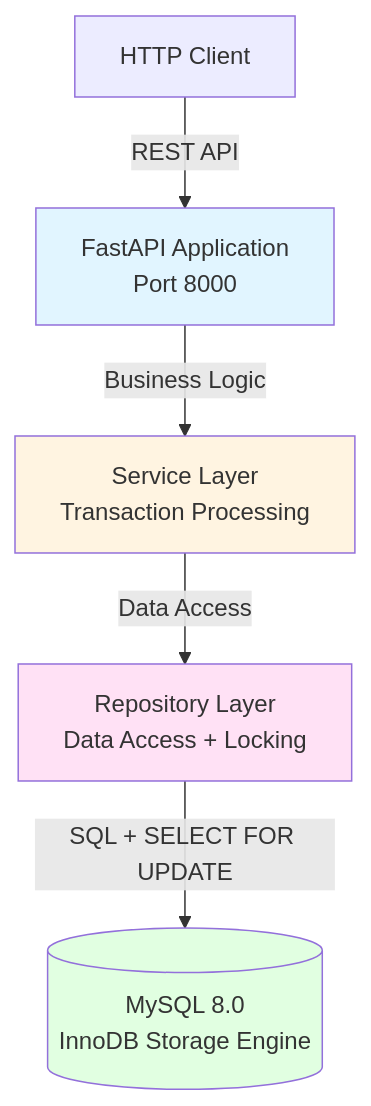
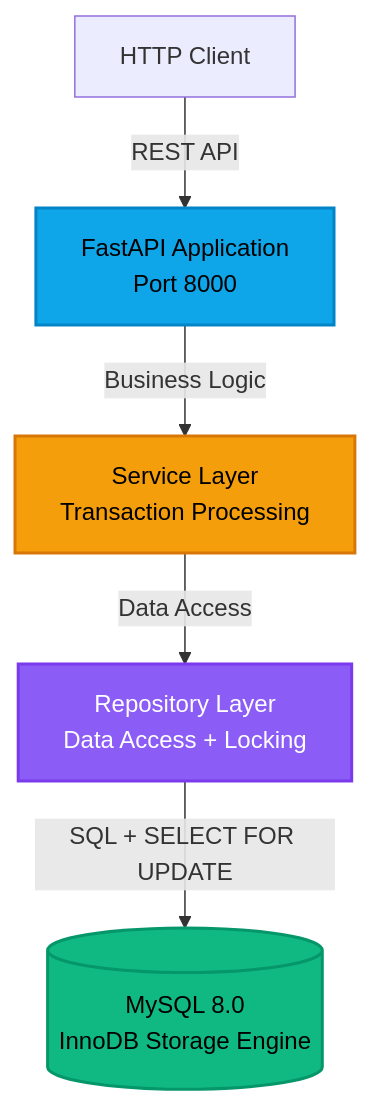
One commit to tievenr/Wallet-Service changed the first of 2 diagrams in README.md. Above: the diagram before and after it, drawn with Mermaid. The commit also changed other lines of this file, not shown here.

Commit message:
fixed transaction flow diagram

````diff
--- a/README.md
+++ b/README.md
@@ -21,18 +21,18 @@
 ```mermaid
 graph TB
     Client[HTTP Client]
     API[FastAPI Application<br/>Port 8000]
     Service[Service Layer<br/>Transaction Processing]
     Repo[Repository Layer<br/>Data Access + Locking]
     DB[(MySQL 8.0<br/>InnoDB Storage Engine)]
     
     Client -->|REST API| API
     API -->|Business Logic| Service
     Service -->|Data Access| Repo
     Repo -->|SQL + SELECT FOR UPDATE| DB
     
-    style API fill:#e1f5ff
-    style Service fill:#fff4e1
-    style Repo fill:#ffe1f5
-    style DB fill:#e1ffe1
+    style API fill:#0ea5e9,stroke:#0284c7,stroke-width:2px,color:#000
+    style Service fill:#f59e0b,stroke:#d97706,stroke-width:2px,color:#000
+    style Repo fill:#8b5cf6,stroke:#7c3aed,stroke-width:2px,color:#fff
+    style DB fill:#10b981,stroke:#059669,stroke-width:2px,color:#000
 ```
````
